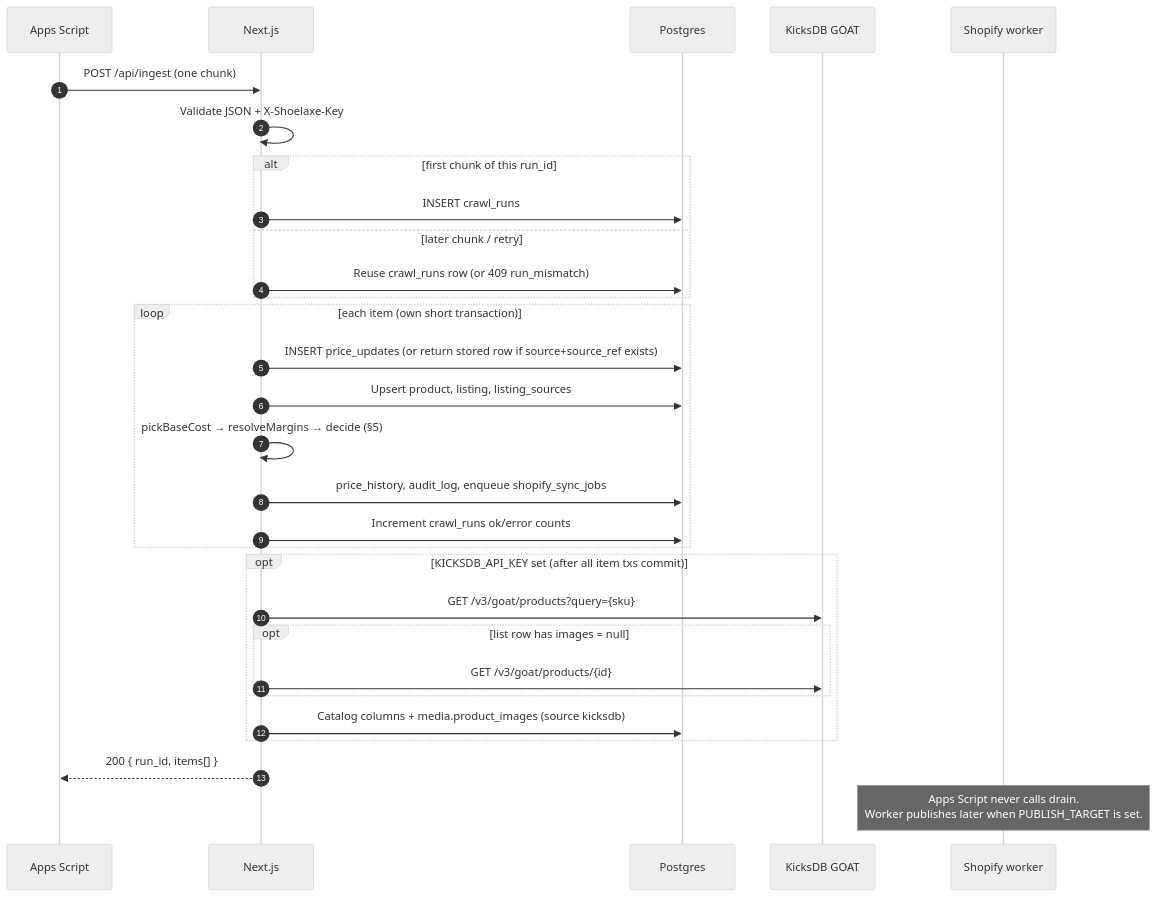
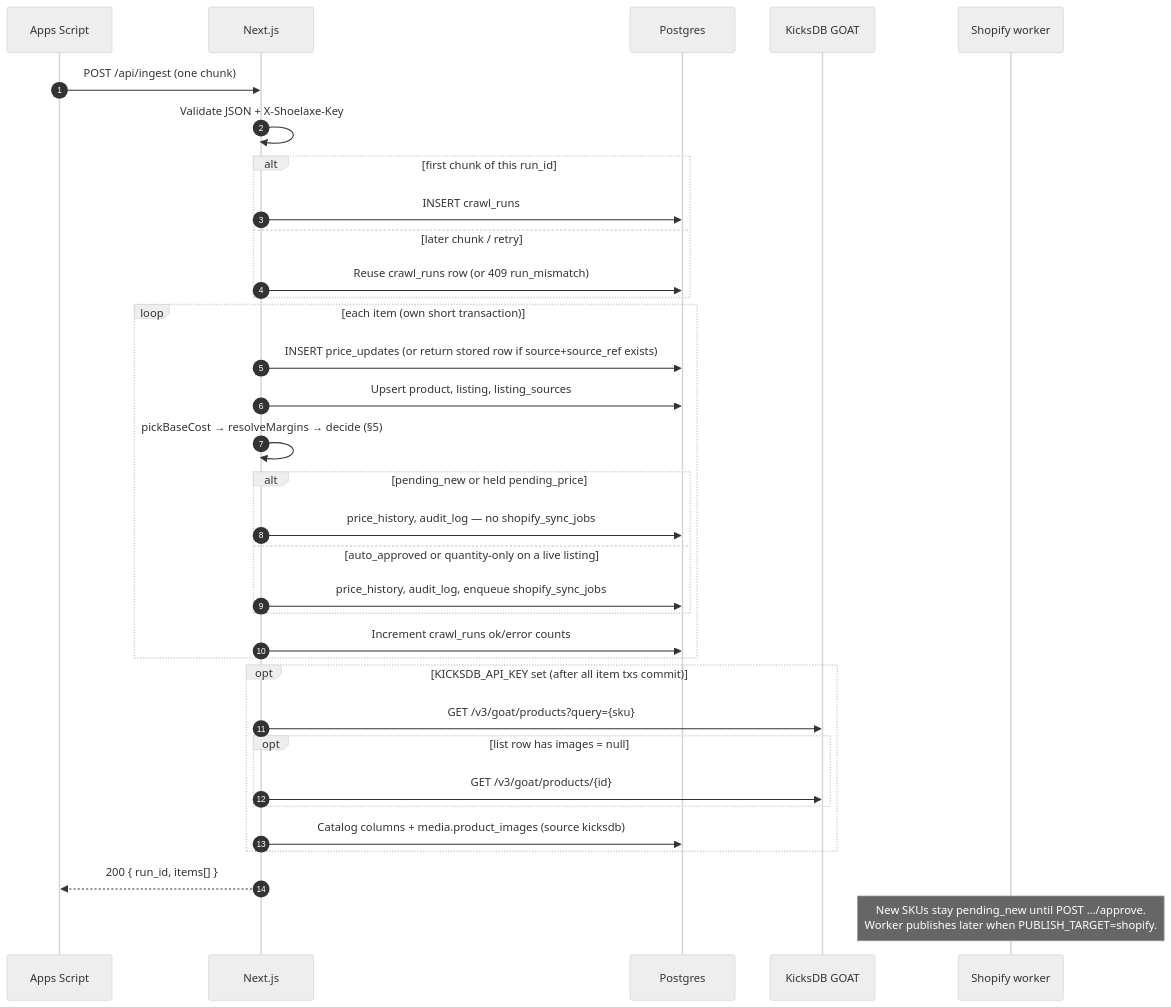
One commit to 0xmikelee/shoelaxe-dashboard changed the seventh of 7 diagrams in docs/API.md. Above: the diagram before and after it, drawn with Mermaid (neutral theme). The commit also changed other lines of this file and 73 other files, not shown here.

First line of the commit message:
Land the dashboard write loop so approve, edits, and settings persist and enqueue Shopify.

````diff
--- a/docs/API.md
+++ b/docs/API.md
@@ -1074,38 +1319,42 @@
 ```mermaid
 sequenceDiagram
     autonumber
     participant GAS as Apps Script
     participant NX as Next.js
     participant DB as Postgres
     participant Kicks as KicksDB GOAT
     participant Worker as Shopify worker
 
     GAS->>NX: POST /api/ingest (one chunk)
     NX->>NX: Validate JSON + X-Shoelaxe-Key
 
     alt first chunk of this run_id
         NX->>DB: INSERT crawl_runs
     else later chunk / retry
         NX->>DB: Reuse crawl_runs row (or 409 run_mismatch)
     end
 
     loop each item (own short transaction)
         NX->>DB: INSERT price_updates (or return stored row if source+source_ref exists)
         NX->>DB: Upsert product, listing, listing_sources
         NX->>NX: pickBaseCost → resolveMargins → decide (§5)
-        NX->>DB: price_history, audit_log, enqueue shopify_sync_jobs
+        alt pending_new or held pending_price
+            NX->>DB: price_history, audit_log — no shopify_sync_jobs
+        else auto_approved or quantity-only on a live listing
+            NX->>DB: price_history, audit_log, enqueue shopify_sync_jobs
+        end
         NX->>DB: Increment crawl_runs ok/error counts
     end
 
     opt KICKSDB_API_KEY set (after all item txs commit)
         NX->>Kicks: GET /v3/goat/products?query={sku}
         opt list row has images = null
             NX->>Kicks: GET /v3/goat/products/{id}
         end
         NX->>DB: Catalog columns + media.product_images (source kicksdb)
     end
 
     NX-->>GAS: 200 { run_id, items[] }
 
-    Note over Worker: Apps Script never calls drain.<br/>Worker publishes later when PUBLISH_TARGET is set.
+    Note over Worker: New SKUs stay pending_new until POST …/approve.<br/>Worker publishes later when PUBLISH_TARGET=shopify.
 ```
````
